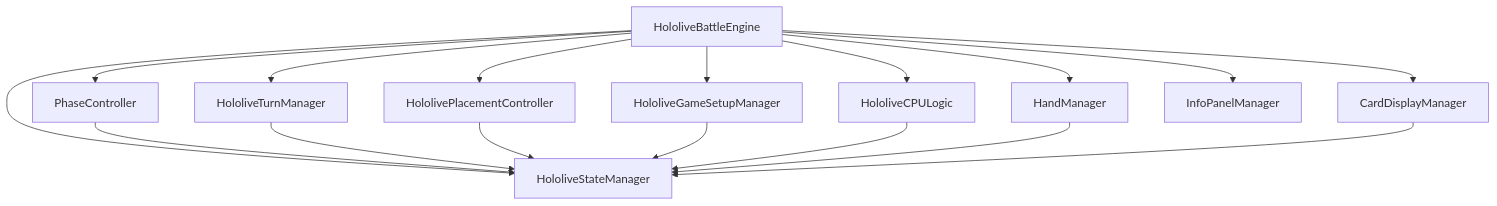
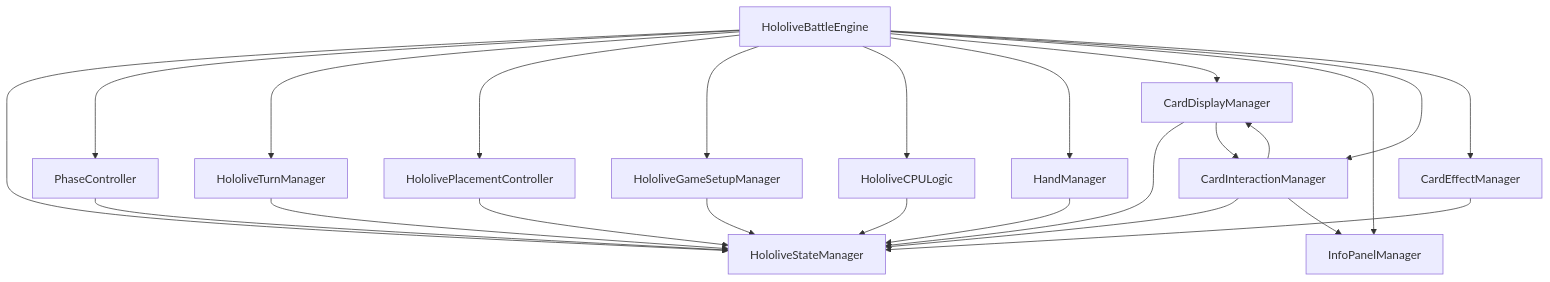
One commit to ikachan-desuyo/hololive_card_list_check changed the first of 5 diagrams in battle_simulator/docs/ARCHITECTURE.md. Above: the diagram before and after it, drawn with Mermaid. The commit also changed other lines of this file and 6 other files, not shown here.

````diff
--- a/battle_simulator/docs/ARCHITECTURE.md
+++ b/battle_simulator/docs/ARCHITECTURE.md
@@ -39,20 +54,28 @@
 ```mermaid
 graph TD
     A[HololiveBattleEngine] --> B[HololiveStateManager]
     A --> C[PhaseController]
     A --> D[HololiveTurnManager]
     A --> E[HololivePlacementController]
     A --> F[HololiveGameSetupManager]
     A --> G[HololiveCPULogic]
     A --> H[HandManager]
     A --> I[CardDisplayManager]
     A --> J[InfoPanelManager]
+    A --> K[CardInteractionManager]
+    A --> L[CardEffectManager]
     
     C --> B
     D --> B
     E --> B
     F --> B
     G --> B
     H --> B
     I --> B
+    K --> B
+    L --> B
+    
+    K --> I
+    K --> J
+    I --> K
 ```
````
